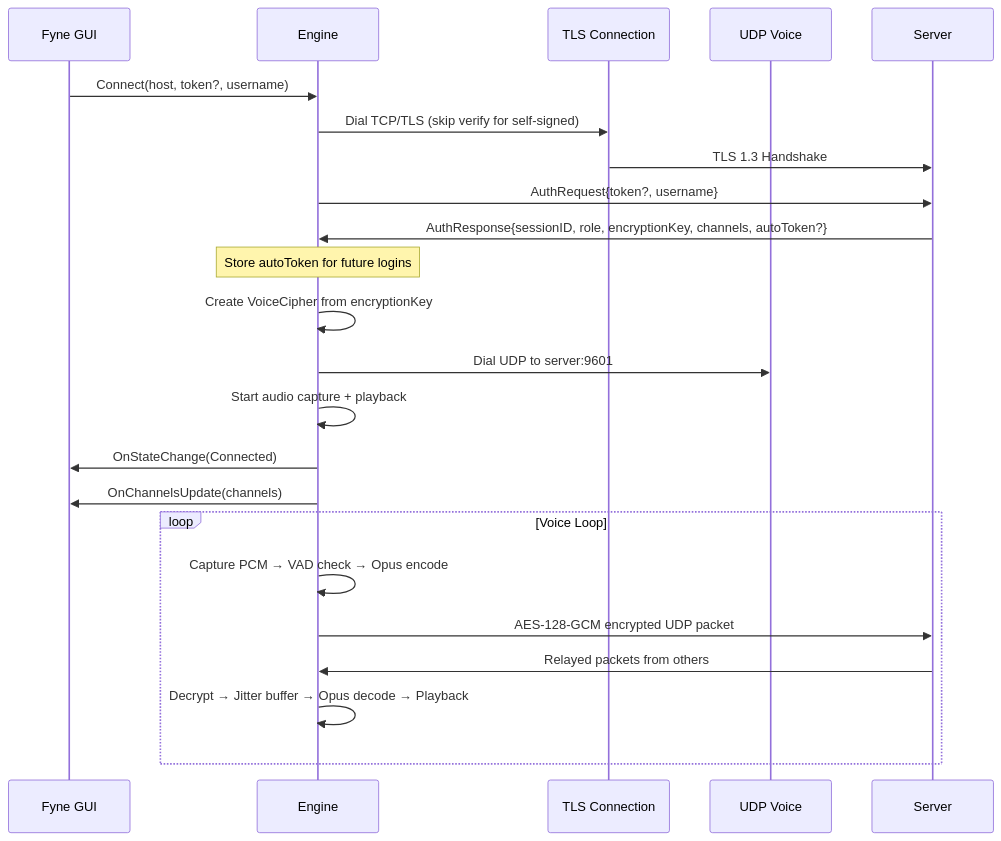
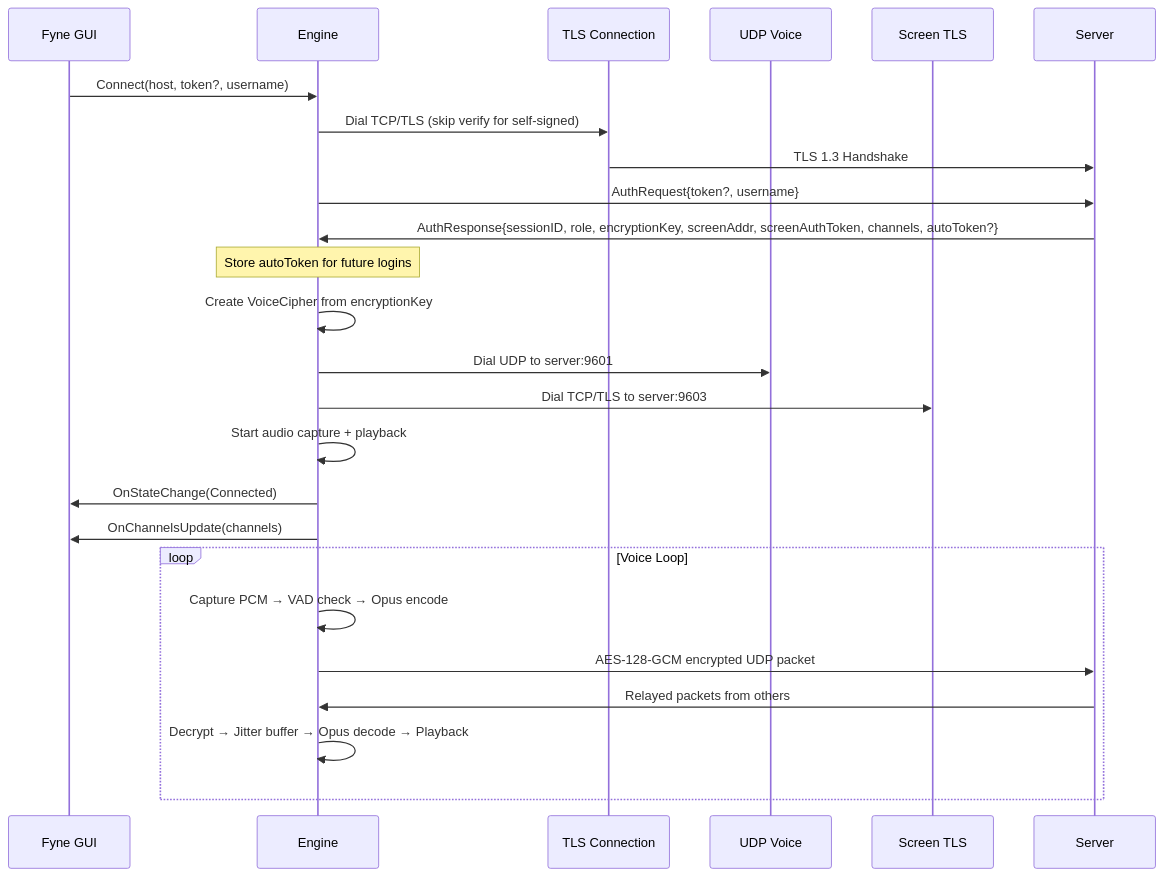
One commit to NicolasHaas/gospeak changed the fourth of 5 diagrams in docs/architecture.md. Above: the diagram before and after it, drawn with Mermaid. The commit also changed other lines of this file and 34 other files, not shown here.

````diff
--- a/docs/architecture.md
+++ b/docs/architecture.md
@@ -129,27 +139,29 @@
 ```mermaid
 sequenceDiagram
     participant UI as Fyne GUI
     participant Eng as Engine
     participant TLS as TLS Connection
     participant UDP as UDP Voice
+    participant SCR as Screen TLS
     participant Srv as Server
 
     UI->>Eng: Connect(host, token?, username)
     Eng->>TLS: Dial TCP/TLS (skip verify for self-signed)
     TLS->>Srv: TLS 1.3 Handshake
     Eng->>Srv: AuthRequest{token?, username}
-    Srv->>Eng: AuthResponse{sessionID, role, encryptionKey, channels, autoToken?}
+    Srv->>Eng: AuthResponse{sessionID, role, encryptionKey, screenAddr, screenAuthToken, channels, autoToken?}
     Note over Eng: Store autoToken for future logins
     Eng->>Eng: Create VoiceCipher from encryptionKey
     Eng->>UDP: Dial UDP to server:9601
+    Eng->>SCR: Dial TCP/TLS to server:9603
     Eng->>Eng: Start audio capture + playback
     Eng->>UI: OnStateChange(Connected)
     Eng->>UI: OnChannelsUpdate(channels)
 
     loop Voice Loop
         Eng->>Eng: Capture PCM → VAD check → Opus encode
         Eng->>Srv: AES-128-GCM encrypted UDP packet
         Srv->>Eng: Relayed packets from others
         Eng->>Eng: Decrypt → Jitter buffer → Opus decode → Playback
     end
 ```
````
